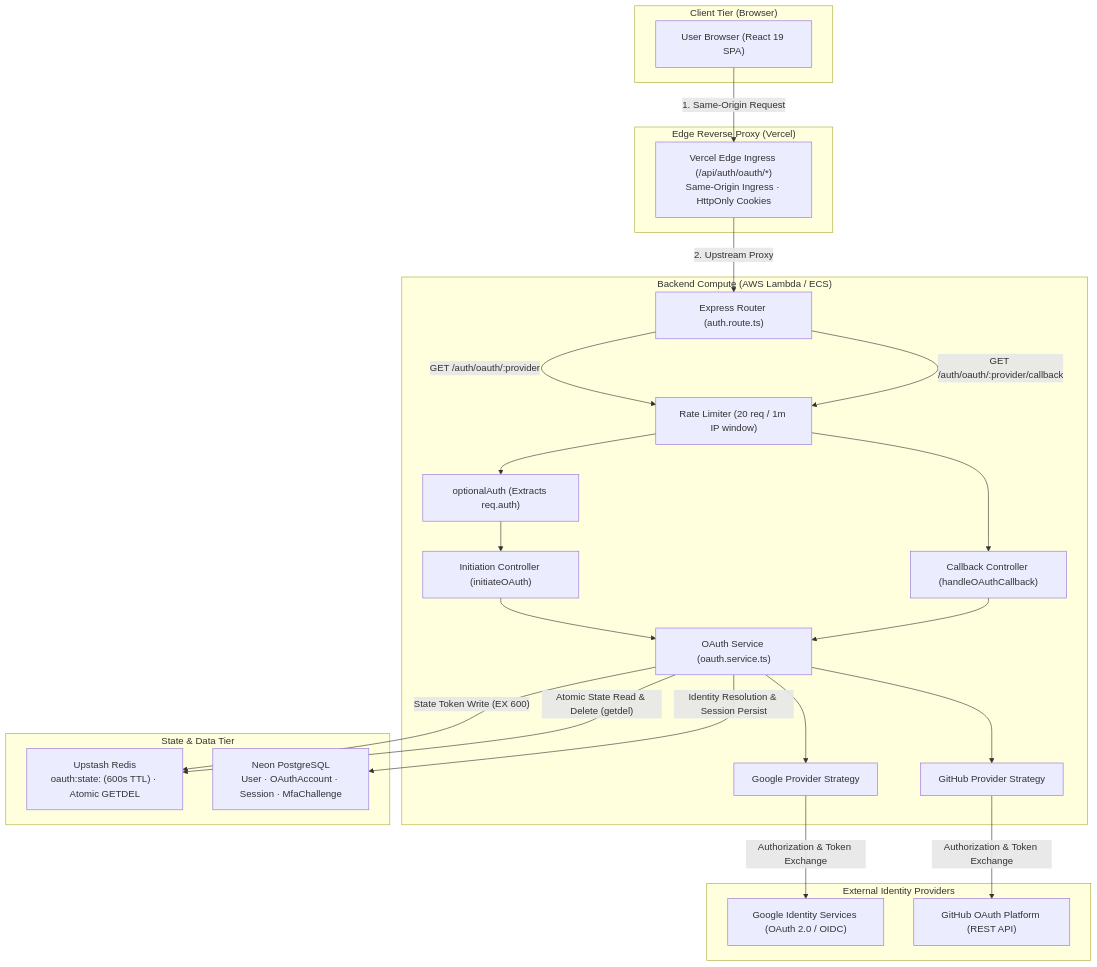
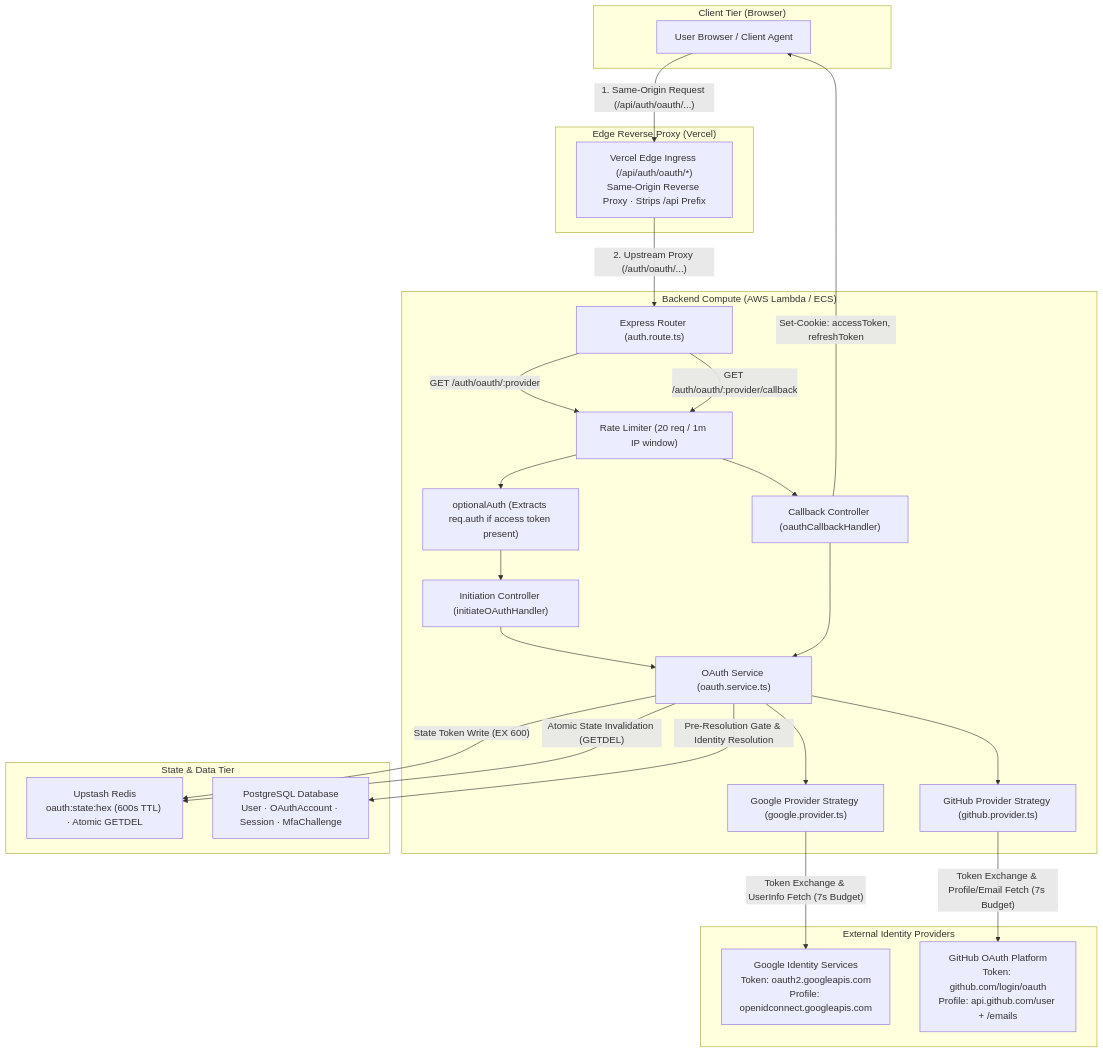
The first of 3 diagrams in docs/OAUTH.md (utkarshj014/authsphere), drawn with Mermaid before and after one commit. The commit also changed other lines of this file and 6 other files, not shown here.

````diff
--- a/docs/OAUTH.md
+++ b/docs/OAUTH.md
@@ -20,50 +31,51 @@
 ```mermaid
 flowchart TD
     subgraph Client ["Client Tier (Browser)"]
-        Browser["User Browser (React 19 SPA)"]
+        Browser["User Browser / Client Agent"]
     end
 
     subgraph Edge ["Edge Reverse Proxy (Vercel)"]
-        VercelProxy["Vercel Edge Ingress (/api/auth/oauth/*)\nSame-Origin Ingress · HttpOnly Cookies"]
+        VercelProxy["Vercel Edge Ingress (/api/auth/oauth/*)<br/>Same-Origin Reverse Proxy · Strips /api Prefix"]
     end
 
     subgraph Backend ["Backend Compute (AWS Lambda / ECS)"]
         Router["Express Router (auth.route.ts)"]
         RateLimit["Rate Limiter (20 req / 1m IP window)"]
-        OptAuth["optionalAuth (Extracts req.auth)"]
-        InitCtrl["Initiation Controller (initiateOAuth)"]
-        CallbackCtrl["Callback Controller (handleOAuthCallback)"]
+        OptAuth["optionalAuth (Extracts req.auth if access token present)"]
+        InitCtrl["Initiation Controller (initiateOAuthHandler)"]
+        CallbackCtrl["Callback Controller (oauthCallbackHandler)"]
         OAuthSvc["OAuth Service (oauth.service.ts)"]
-        GoogleStrat["Google Provider Strategy"]
-        GitHubStrat["GitHub Provider Strategy"]
+        GoogleStrat["Google Provider Strategy (google.provider.ts)"]
+        GitHubStrat["GitHub Provider Strategy (github.provider.ts)"]
     end
 
     subgraph StateTier ["State & Data Tier"]
-        Redis["Upstash Redis\noauth:state:<hex> (600s TTL) · Atomic GETDEL"]
-        Postgres["Neon PostgreSQL\nUser · OAuthAccount · Session · MfaChallenge"]
+        Redis["Upstash Redis<br/>oauth:state:hex (600s TTL) · Atomic GETDEL"]
+        Postgres["PostgreSQL Database<br/>User · OAuthAccount · Session · MfaChallenge"]
     end
 
     subgraph External ["External Identity Providers"]
-        GoogleIDP["Google Identity Services (OAuth 2.0 / OIDC)"]
-        GitHubIDP["GitHub OAuth Platform (REST API)"]
+        GoogleIDP["Google Identity Services<br/>Token: oauth2.googleapis.com<br/>Profile: openidconnect.googleapis.com"]
+        GitHubIDP["GitHub OAuth Platform<br/>Token: github.com/login/oauth<br/>Profile: api.github.com/user + /emails"]
     end
 
-    Browser -->|"1. Same-Origin Request"| VercelProxy
-    VercelProxy -->|"2. Upstream Proxy"| Router
+    Browser -->|"1. Same-Origin Request (/api/auth/oauth/...)"| VercelProxy
+    VercelProxy -->|"2. Upstream Proxy (/auth/oauth/...)"| Router
 
     Router -->|"GET /auth/oauth/:provider"| RateLimit
     RateLimit --> OptAuth --> InitCtrl --> OAuthSvc
 
     Router -->|"GET /auth/oauth/:provider/callback"| RateLimit
     RateLimit --> CallbackCtrl --> OAuthSvc
 
     OAuthSvc --> GoogleStrat
     OAuthSvc --> GitHubStrat
     OAuthSvc -->|"State Token Write (EX 600)"| Redis
-    OAuthSvc -->|"Atomic State Read & Delete (getdel)"| Redis
+    OAuthSvc -->|"Atomic State Invalidation (GETDEL)"| Redis
 
-    GoogleStrat -->|"Authorization & Token Exchange"| GoogleIDP
-    GitHubStrat -->|"Authorization & Token Exchange"| GitHubIDP
+    GoogleStrat -->|"Token Exchange & UserInfo Fetch (7s Budget)"| GoogleIDP
+    GitHubStrat -->|"Token Exchange & Profile/Email Fetch (7s Budget)"| GitHubIDP
 
-    OAuthSvc -->|"Identity Resolution & Session Persist"| Postgres
+    OAuthSvc -->|"Pre-Resolution Gate & Identity Resolution"| Postgres
+    CallbackCtrl -->|"Set-Cookie: accessToken, refreshToken"| Browser
 ```
````
